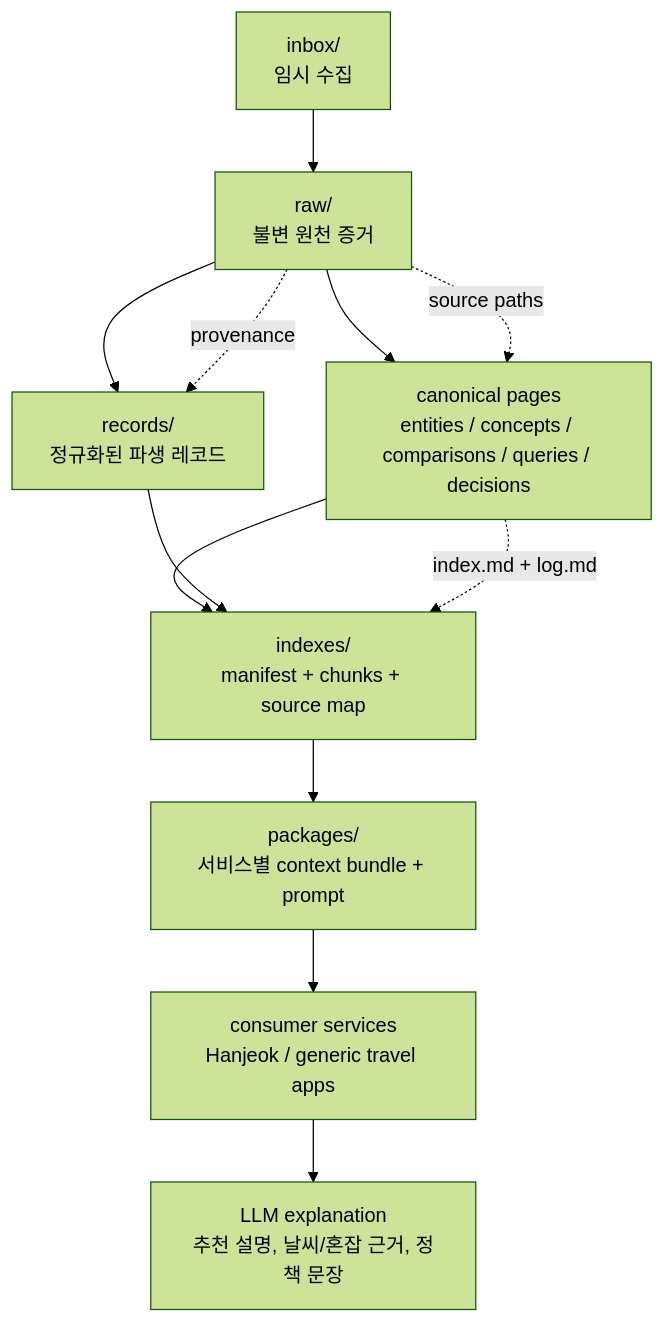
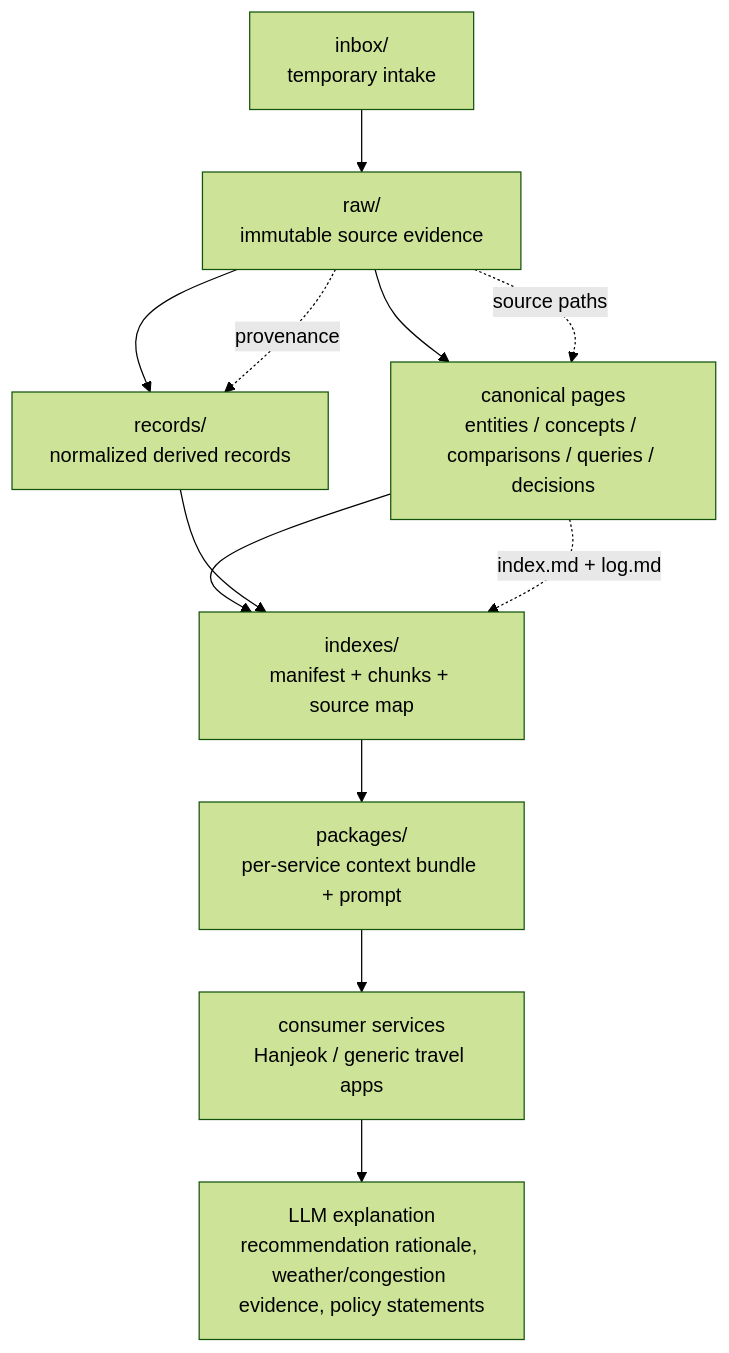
The first of 6 diagrams in README.md (hyunolike/travel-context-wiki), drawn with Mermaid (forest theme) before and after one commit. The commit also changed other lines of this file and 2 other files, not shown here.

Commit message:
docs: revamp README into multilingual open-source style (EN/KO/JA) (#12)

````diff
--- a/README.md
+++ b/README.md
@@ -46,15 +120,15 @@
 ```mermaid
 flowchart TD
-    Inbox["inbox/\n임시 수집"] --> Raw["raw/\n불변 원천 증거"]
-    Raw --> Records["records/\n정규화된 파생 레코드"]
-    Raw --> Canonical["canonical pages\nentities / concepts / comparisons / queries / decisions"]
-    Canonical --> Indexes["indexes/\nmanifest + chunks + source map"]
+    Inbox["inbox/<br/>temporary intake"] --> Raw["raw/<br/>immutable source evidence"]
+    Raw --> Records["records/<br/>normalized derived records"]
+    Raw --> Canonical["canonical pages<br/>entities / concepts / comparisons / queries / decisions"]
+    Canonical --> Indexes["indexes/<br/>manifest + chunks + source map"]
     Records --> Indexes
-    Indexes --> Packages["packages/\n서비스별 context bundle + prompt"]
-    Packages --> Services["consumer services\nHanjeok / generic travel apps"]
-    Services --> Explanation["LLM explanation\n추천 설명, 날씨/혼잡 근거, 정책 문장"]
+    Indexes --> Packages["packages/<br/>per-service context bundle + prompt"]
+    Packages --> Services["consumer services<br/>Hanjeok / generic travel apps"]
+    Services --> Explanation["LLM explanation<br/>recommendation rationale, weather/congestion evidence, policy statements"]
 
     Raw -. "source paths" .-> Canonical
     Raw -. "provenance" .-> Records
     Canonical -. "index.md + log.md" .-> Indexes
 ```
````
